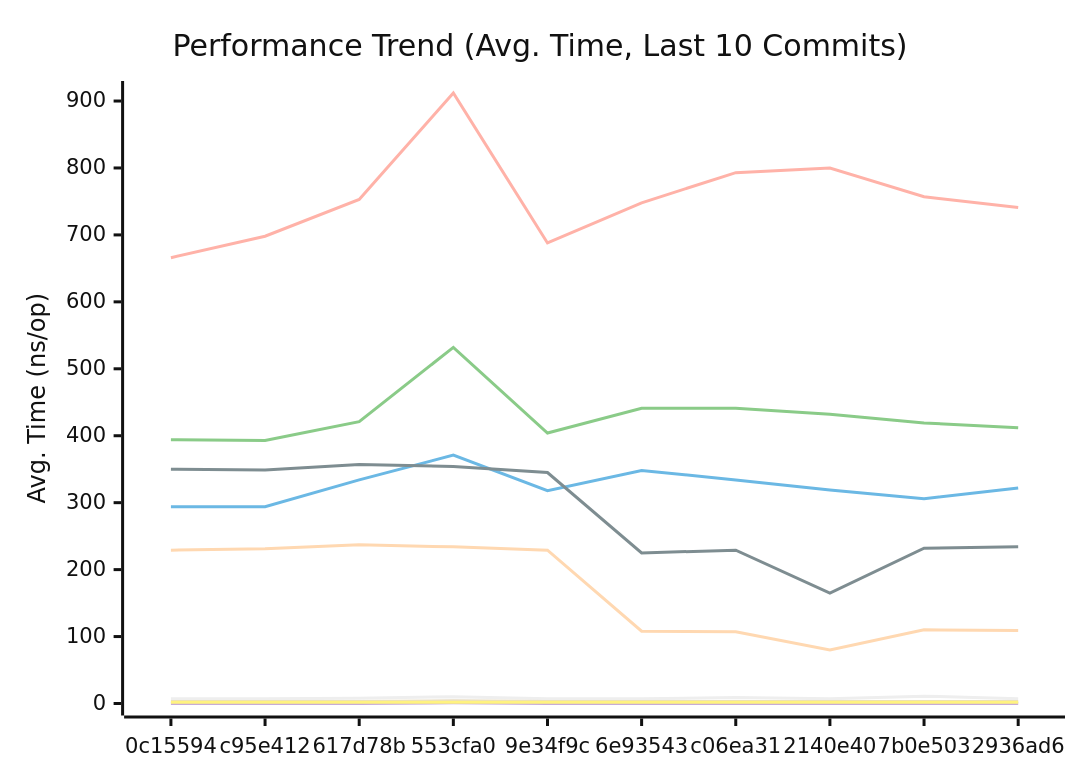
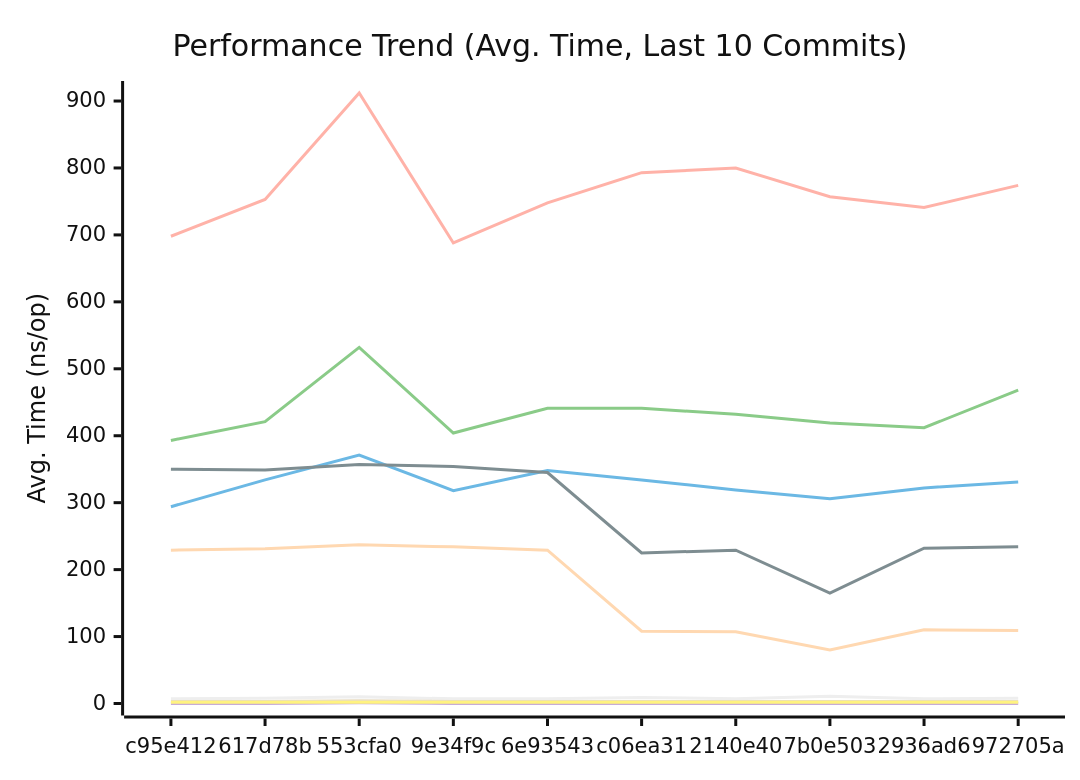
One commit to alsotoes/momo changed the first of 3 diagrams in docs/PERFORMANCE.md. Above: the diagram before and after it, drawn with Mermaid (neutral theme). The commit also changed other lines of this file and 2 other files, not shown here.

Commit message:
feat: add Rule 29 notsecret check to pre-commit hook

````diff
--- a/docs/PERFORMANCE.md
+++ b/docs/PERFORMANCE.md
@@ -80,16 +80,16 @@
 ```mermaid
 xychart-beta
     title "Performance Trend (Avg. Time, Last 10 Commits)"
     x-axis "Commit"
     y-axis "Avg. Time (ns/op)"
-    x-axis [0c15594,c95e412,617d78b,553cfa0,9e34f9c,6e93543,c06ea31,2140e40,7b0e503,2936ad6]
-    line "CheckMetricsAndSwap" [7,7,8,10,7,7,9,7,11,7]
-    line "CrushOptimized" [294,294,334,371,318,348,334,319,306,322]
-    line "CrushOriginal" [394,393,421,532,404,441,441,432,419,412]
-    line "IndexDirectTracking" [0,0,0,1,0,0,0,0,0,0]
-    line "IndexSearch" [3,3,3,4,3,3,3,3,3,3]
-    line "LoadGlobalConfig" [666,698,753,912,688,748,793,800,757,741]
+    x-axis [c95e412,617d78b,553cfa0,9e34f9c,6e93543,c06ea31,2140e40,7b0e503,2936ad6,972705a]
+    line "CheckMetricsAndSwap" [7,8,10,7,7,9,7,11,7,8]
+    line "CrushOptimized" [294,334,371,318,348,334,319,306,322,331]
+    line "CrushOriginal" [393,421,532,404,441,441,432,419,412,468]
+    line "IndexDirectTracking" [0,0,1,0,0,0,0,0,0,0]
+    line "IndexSearch" [3,3,4,3,3,3,3,3,3,3]
+    line "LoadGlobalConfig" [698,753,912,688,748,793,800,757,741,774]
     line "PadString" [2,2,2,2,2,2,2,2,2,2]
     line "ParseReplicationOrder_NoPrealloc" [350,349,357,354,345,225,229,165,232,234]
     line "ParseReplicationOrder_Prealloc" [229,231,237,234,229,108,107,80,110,109]
 ```
````
